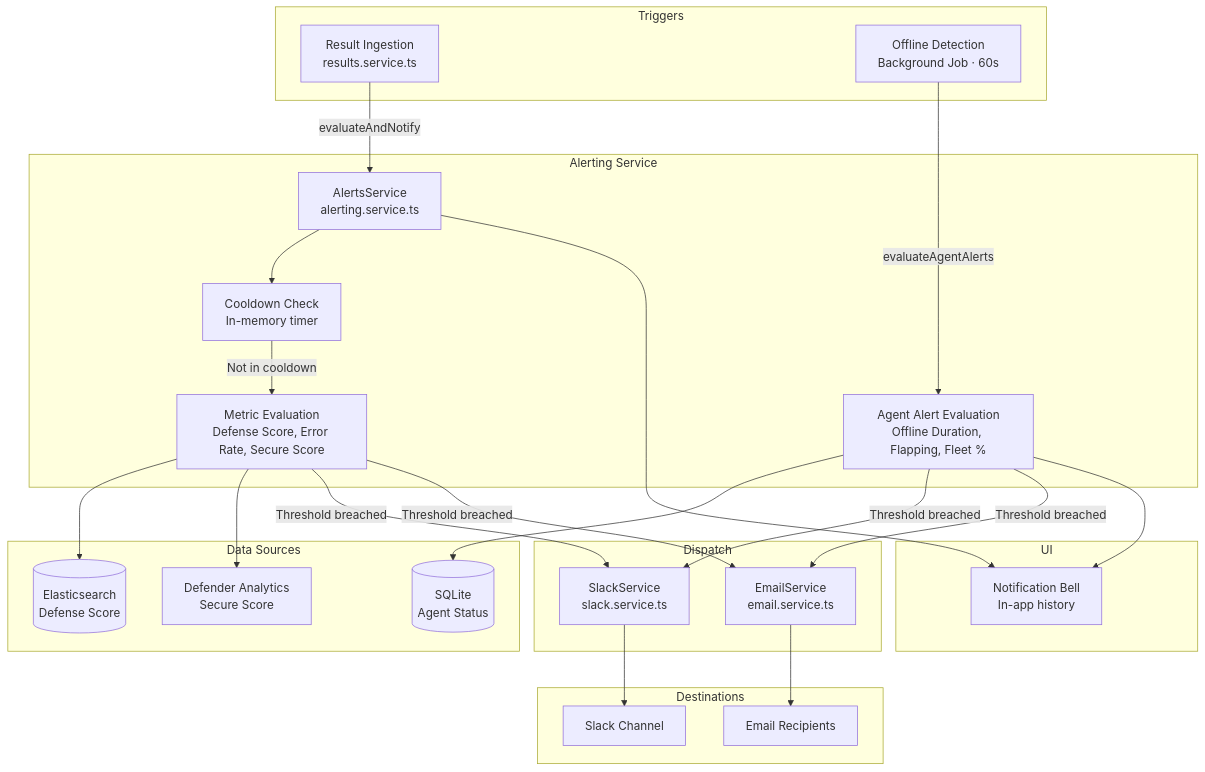
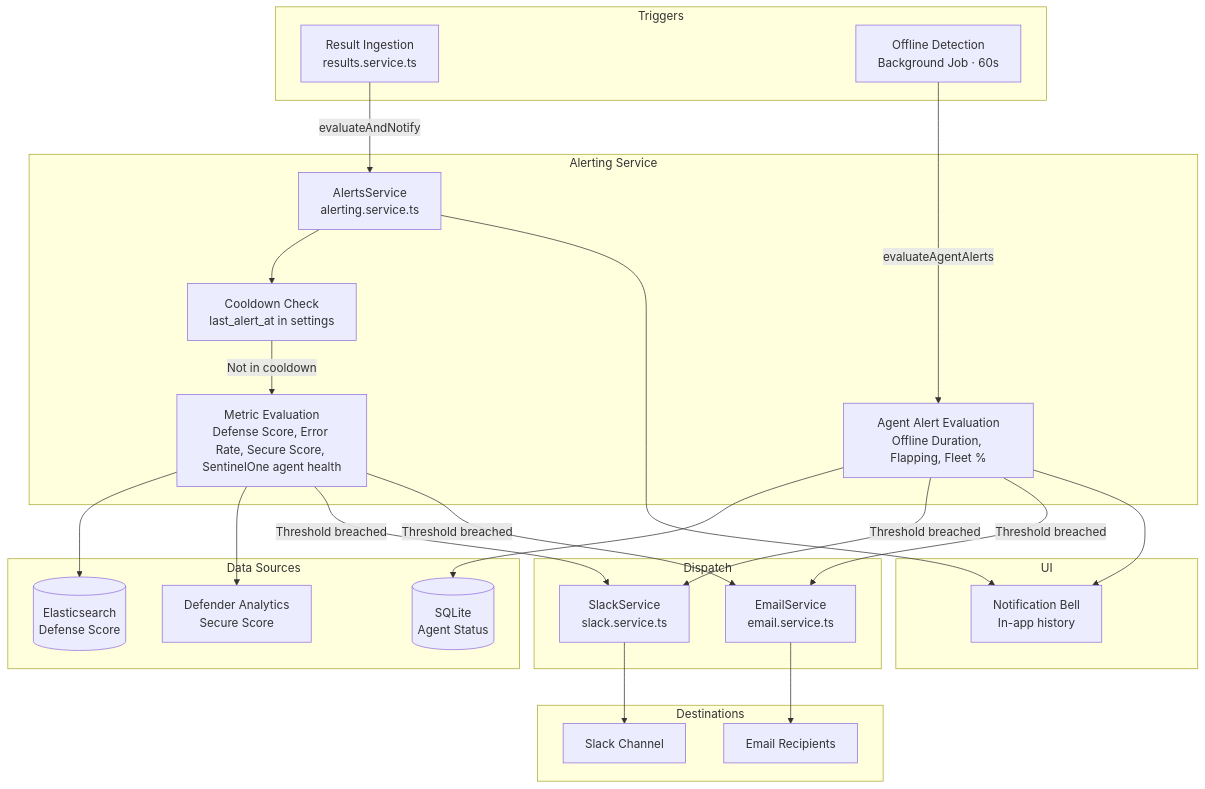
One commit to projectachilles/ProjectAchilles changed the first of 2 diagrams in wiki/docs/user-guide/integrations/alerting.md. Above: the diagram before and after it, drawn with Mermaid. The commit also changed other lines of this file and 136 other files, not shown here.

````diff
--- a/wiki/docs/user-guide/integrations/alerting.md
+++ b/wiki/docs/user-guide/integrations/alerting.md
@@ -66,50 +73,50 @@
 ```mermaid
 graph TB
     subgraph "Triggers"
         RI[Result Ingestion<br/>results.service.ts]
         OD[Offline Detection<br/>Background Job · 60s]
     end
 
     subgraph "Alerting Service"
         AS[AlertsService<br/>alerting.service.ts]
-        CD[Cooldown Check<br/>In-memory timer]
-        ME[Metric Evaluation<br/>Defense Score, Error Rate, Secure Score]
+        CD[Cooldown Check<br/>last_alert_at in settings]
+        ME[Metric Evaluation<br/>Defense Score, Error Rate, Secure Score, SentinelOne agent health]
         AAE[Agent Alert Evaluation<br/>Offline Duration, Flapping, Fleet %]
     end
 
     subgraph "Data Sources"
         ES[(Elasticsearch<br/>Defense Score)]
         DEF[Defender Analytics<br/>Secure Score]
         DB[(SQLite<br/>Agent Status)]
     end
 
     subgraph "Dispatch"
         SS[SlackService<br/>slack.service.ts]
         EMS[EmailService<br/>email.service.ts]
     end
 
     subgraph "Destinations"
         SLACK[Slack Channel]
         SMTP[Email Recipients]
     end
 
     subgraph "UI"
         BELL[Notification Bell<br/>In-app history]
     end
 
     RI -->|evaluateAndNotify| AS
     OD -->|evaluateAgentAlerts| AAE
     AS --> CD
     CD -->|Not in cooldown| ME
     ME --> ES
     ME --> DEF
     ME -->|Threshold breached| SS
     ME -->|Threshold breached| EMS
     AAE --> DB
     AAE -->|Threshold breached| SS
     AAE -->|Threshold breached| EMS
     SS --> SLACK
     EMS --> SMTP
     AS --> BELL
     AAE --> BELL
 ```
````
